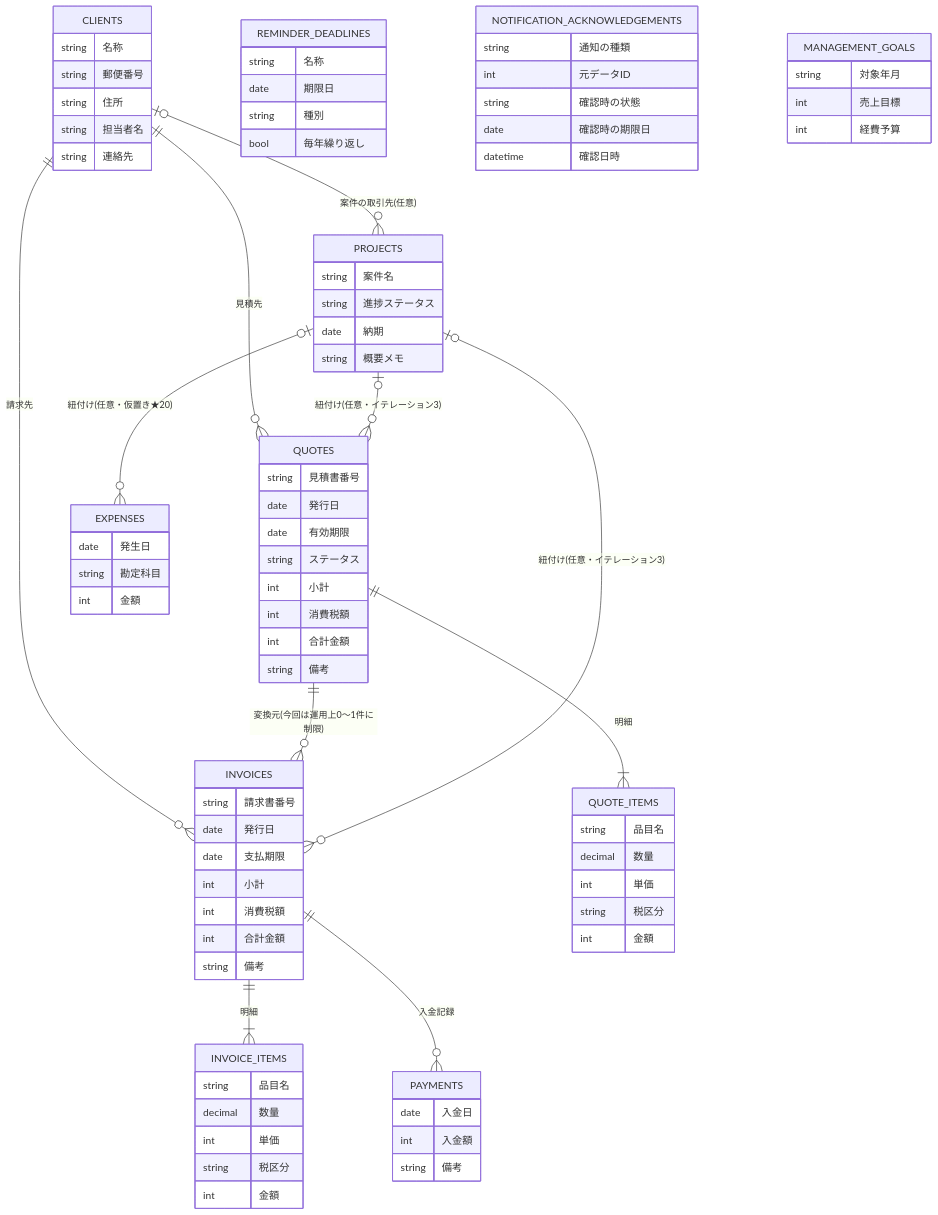
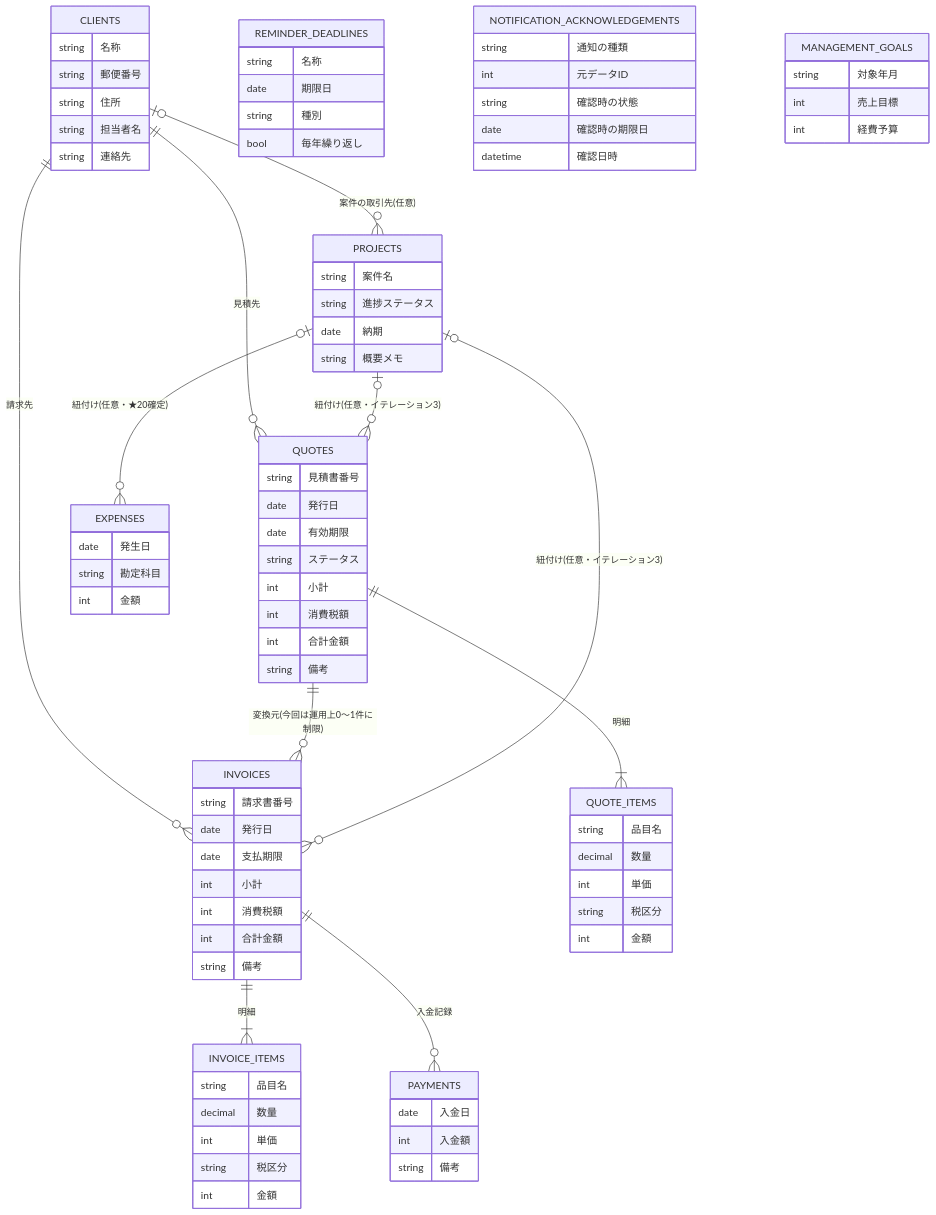
Before and after one commit to eiai00000001-cell/back-office: the third of 3 diagrams in docs/02_architect/基本設計書.md, drawn with Mermaid. The commit also changed other lines of this file and 3 other files, not shown here.

```diff
--- a/docs/02_architect/基本設計書.md
+++ b/docs/02_architect/基本設計書.md
@@ -703,7 +703,7 @@
     CLIENTS |o--o{ PROJECTS : "案件の取引先(任意)"
     PROJECTS |o--o{ INVOICES : "紐付け(任意・イテレーション3)"
     PROJECTS |o--o{ QUOTES : "紐付け(任意・イテレーション3)"
-    PROJECTS |o--o{ EXPENSES : "紐付け(任意・仮置き★20)"
+    PROJECTS |o--o{ EXPENSES : "紐付け(任意・★20確定)"
 
     PROJECTS {
         string 案件名
```
